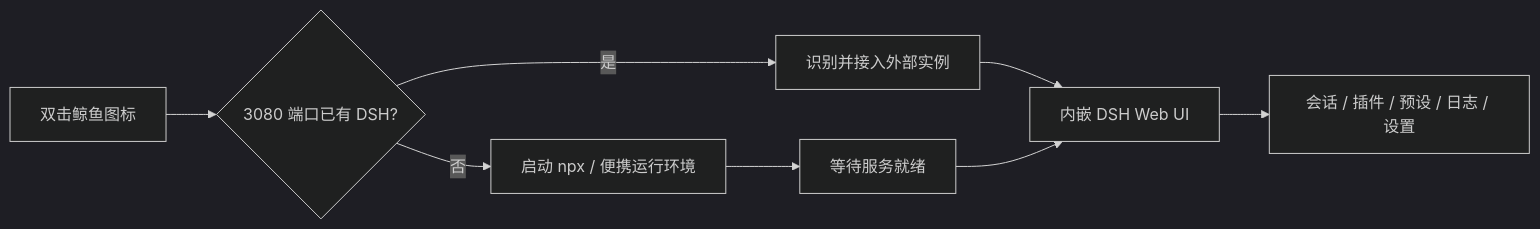
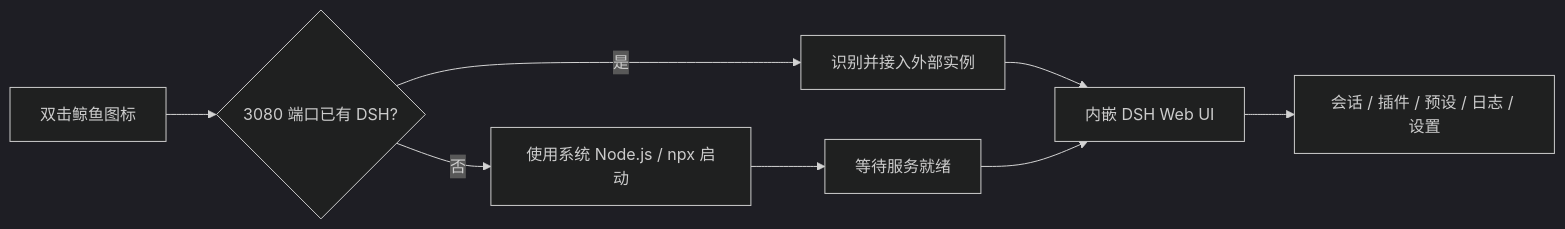
Before and after one commit to luocuiyu/deepseek-harness-manager: the diagram in README.md, drawn with Mermaid (dark theme). The commit also changed other lines of this file and 10 other files, not shown here.

````diff
--- a/README.md
+++ b/README.md
@@ -38,10 +38,10 @@
 ```mermaid
 flowchart LR
     A["双击鲸鱼图标"] --> B{"3080 端口已有 DSH?"}
-    B -- "否" --> C["启动 npx / 便携运行环境"]
+    B -- "否" --> C["使用系统 Node.js / npx 启动"]
     B -- "是" --> D["识别并接入外部实例"]
     C --> E["等待服务就绪"]
     D --> F["内嵌 DSH Web UI"]
     E --> F
     F --> G["会话 / 插件 / 预设 / 日志 / 设置"]
 ```
````
